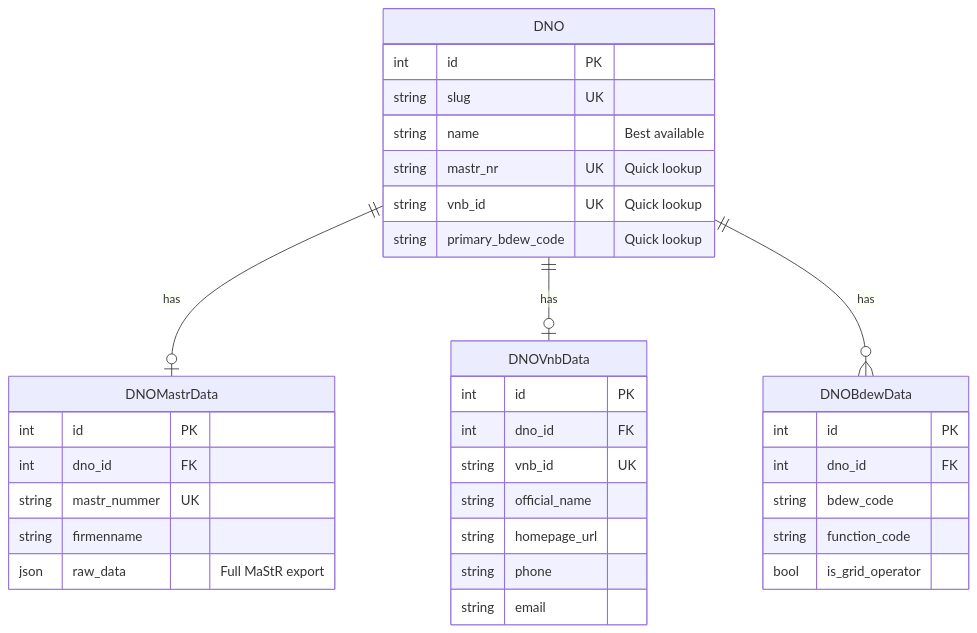
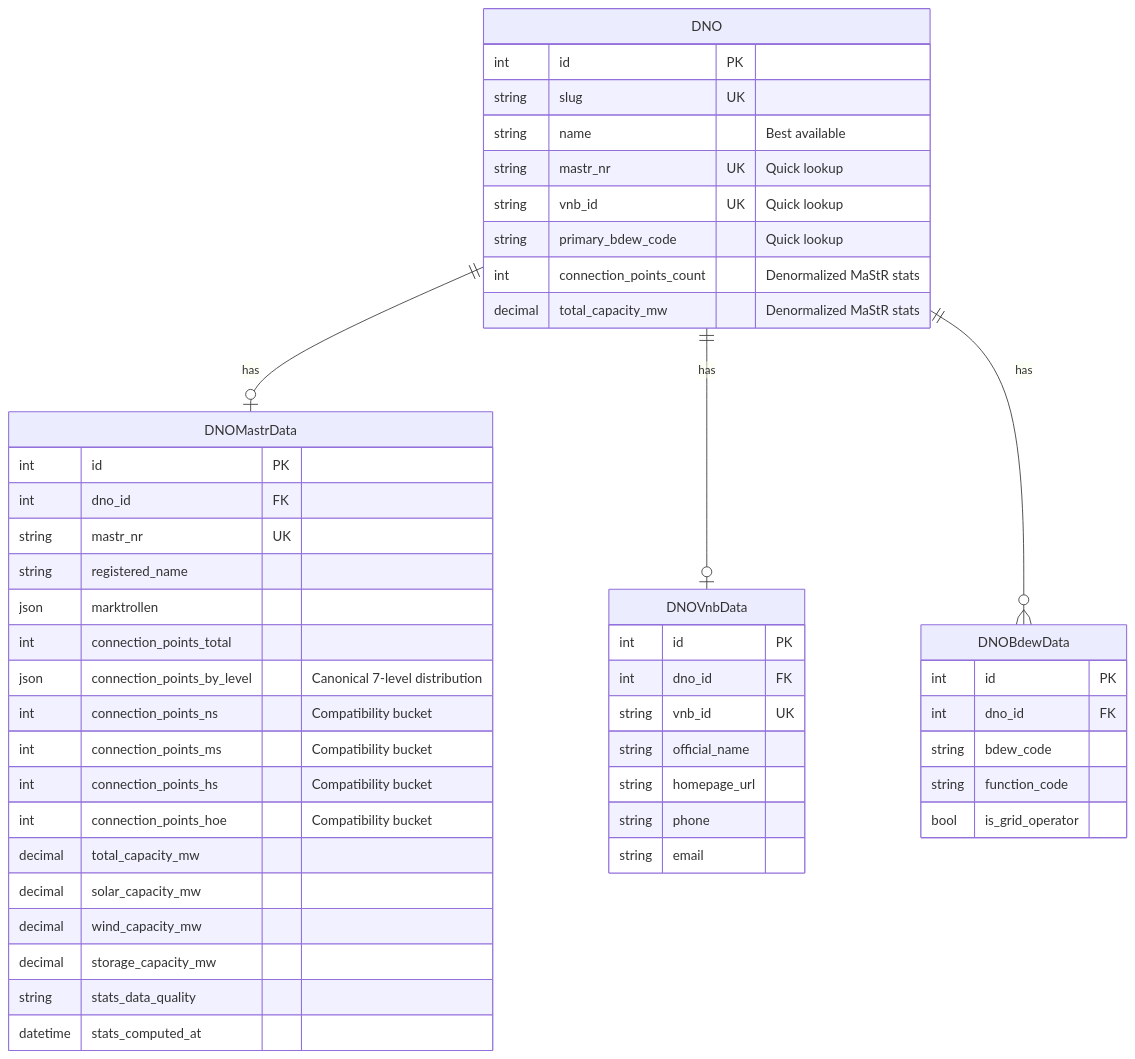
One commit to KyleDerZweite/dno-crawler changed the third of 5 diagrams in docs/ARCHITECTURE.md. Above: the diagram before and after it, drawn with Mermaid. The commit also changed other lines of this file and 4 other files, not shown here.

````diff
--- a/docs/ARCHITECTURE.md
+++ b/docs/ARCHITECTURE.md
@@ -211,41 +211,55 @@
 ```mermaid
 erDiagram
     DNO ||--o| DNOMastrData : "has"
     DNO ||--o| DNOVnbData : "has"
     DNO ||--o{ DNOBdewData : "has"
     
     DNO {
         int id PK
         string slug UK
         string name "Best available"
         string mastr_nr UK "Quick lookup"
         string vnb_id UK "Quick lookup"
         string primary_bdew_code "Quick lookup"
+        int connection_points_count "Denormalized MaStR stats"
+        decimal total_capacity_mw "Denormalized MaStR stats"
     }
     
     DNOMastrData {
         int id PK
         int dno_id FK
-        string mastr_nummer UK
-        string firmenname
-        json raw_data "Full MaStR export"
+        string mastr_nr UK
+        string registered_name
+        json marktrollen
+        int connection_points_total
+        json connection_points_by_level "Canonical 7-level distribution"
+        int connection_points_ns "Compatibility bucket"
+        int connection_points_ms "Compatibility bucket"
+        int connection_points_hs "Compatibility bucket"
+        int connection_points_hoe "Compatibility bucket"
+        decimal total_capacity_mw
+        decimal solar_capacity_mw
+        decimal wind_capacity_mw
+        decimal storage_capacity_mw
+        string stats_data_quality
+        datetime stats_computed_at
     }
     
     DNOVnbData {
         int id PK
         int dno_id FK
         string vnb_id UK
         string official_name
         string homepage_url
         string phone
         string email
     }
     
     DNOBdewData {
         int id PK
         int dno_id FK
         string bdew_code
         string function_code
         bool is_grid_operator
     }
 ```
````
